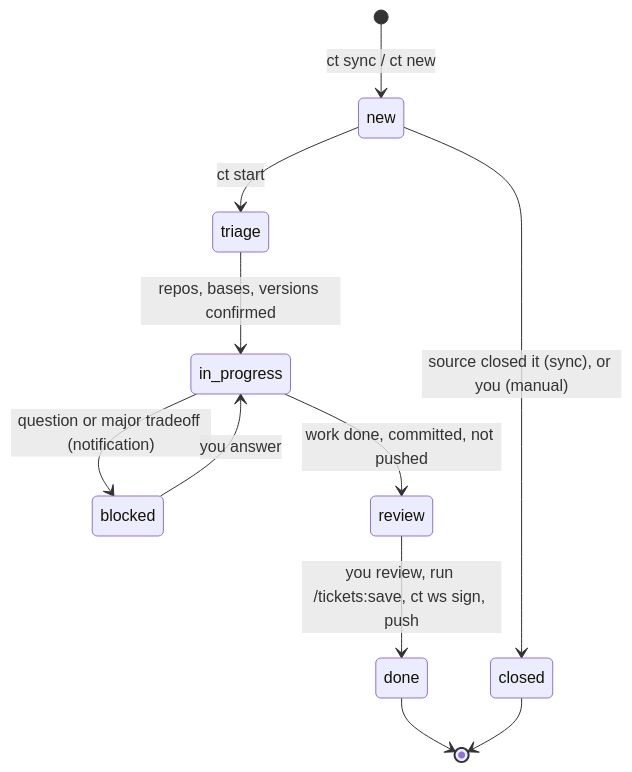
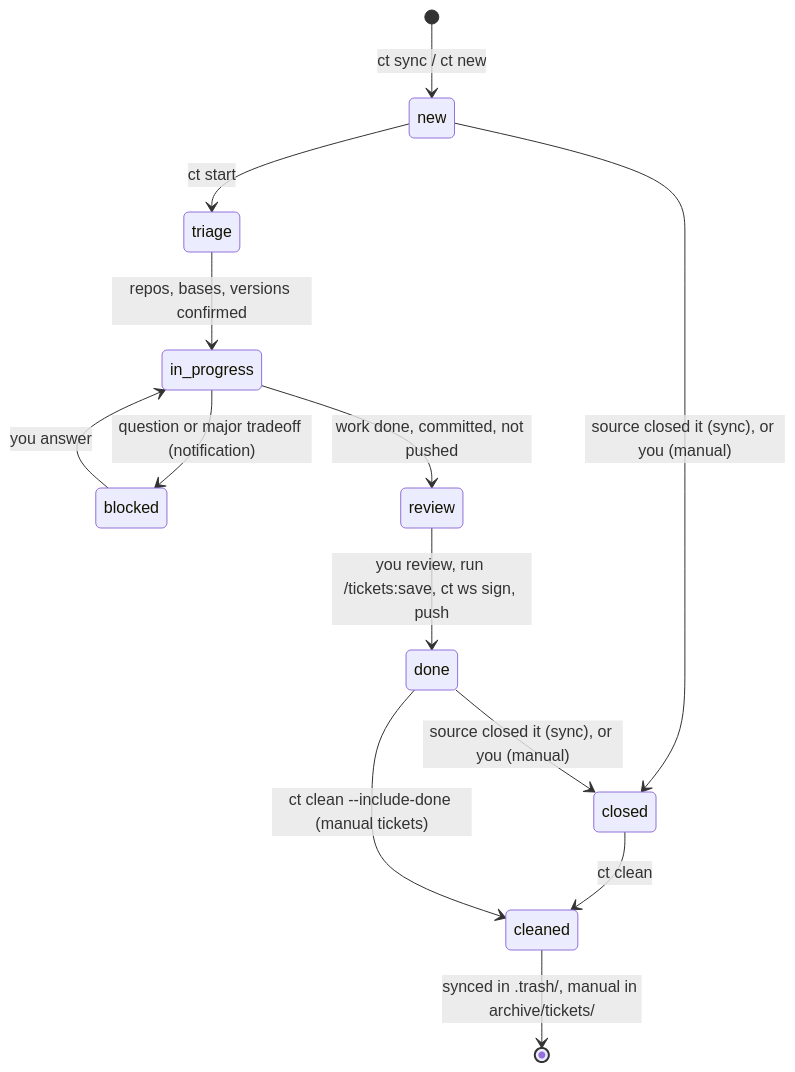
One commit to zero4573/claude-tickets changed the second of 6 diagrams in README.md. Above: the diagram before and after it, drawn with Mermaid. The commit also changed other lines of this file and 1 other file, not shown here.

First line of the commit message:
MAN-3 docs: ct clean in the README and the vault's AGENTS.md

````diff
--- a/README.md
+++ b/README.md
@@ -314,13 +315,15 @@
 ```mermaid
 stateDiagram-v2
   [*] --> new: ct sync / ct new
   new --> triage: ct start
   triage --> in_progress: repos, bases, versions confirmed
   in_progress --> blocked: question or major tradeoff (notification)
   blocked --> in_progress: you answer
   in_progress --> review: work done, committed, not pushed
   review --> done: you review, run /tickets:save, ct ws sign, push
   new --> closed: source closed it (sync), or you (manual)
-  done --> [*]
-  closed --> [*]
+  done --> closed: source closed it (sync), or you (manual)
+  closed --> cleaned: ct clean
+  done --> cleaned: ct clean --include-done (manual tickets)
+  cleaned --> [*]: synced in .trash/, manual in archive/tickets/
 ```
````
